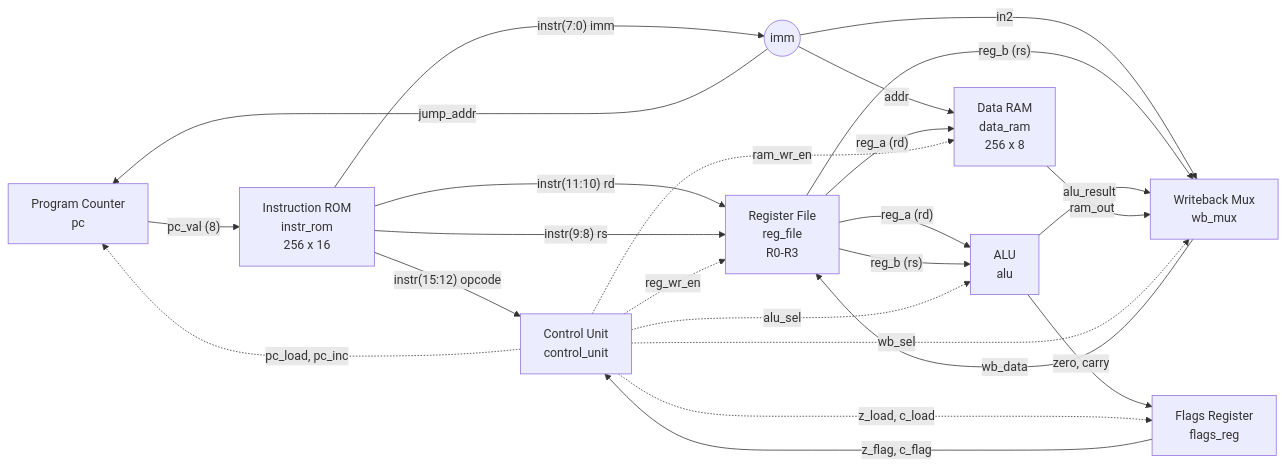
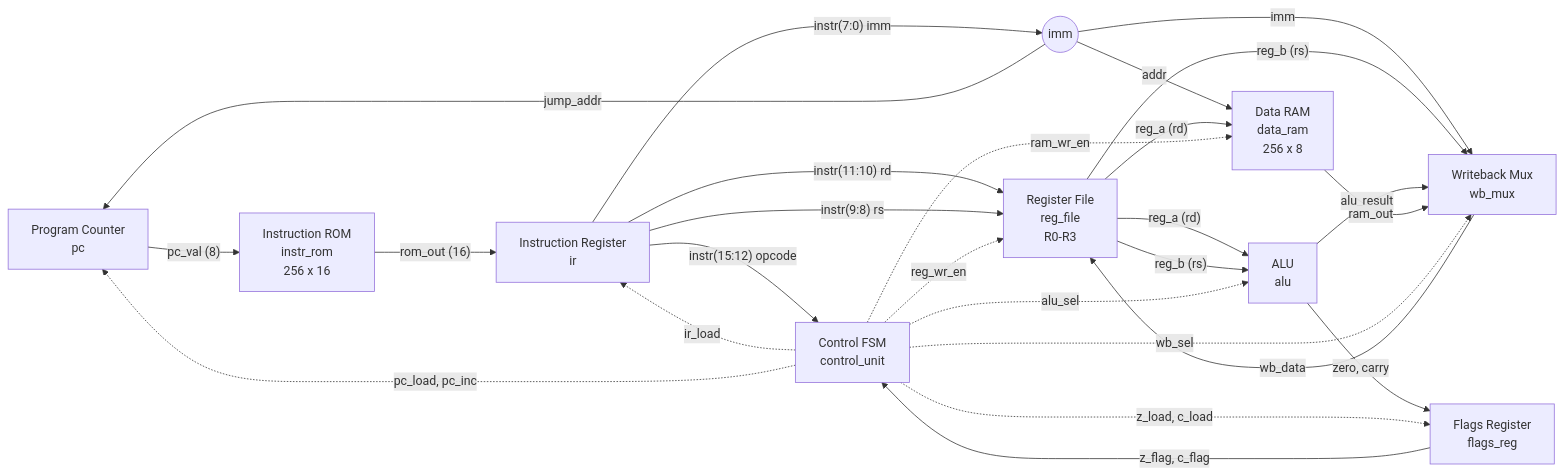
The first of 4 diagrams in README.md (Johnyzour/8-bit-cpu), drawn with Mermaid before and after one commit. The commit also changed other lines of this file and 7 other files, not shown here.

````diff
--- a/README.md
+++ b/README.md
@@ -84,32 +98,34 @@
 ```mermaid
 flowchart LR
     PC["Program Counter<br/>pc"] -->|"pc_val (8)"| ROM["Instruction ROM<br/>instr_rom<br/>256 x 16"]
+    ROM -->|"rom_out (16)"| IR["Instruction Register<br/>ir"]
 
-    ROM -->|"instr(15:12) opcode"| CU["Control Unit<br/>control_unit"]
-    ROM -->|"instr(11:10) rd"| RF["Register File<br/>reg_file<br/>R0-R3"]
-    ROM -->|"instr(9:8) rs"| RF
-    ROM -->|"instr(7:0) imm"| IMM(("imm"))
+    IR -->|"instr(15:12) opcode"| CU["Control FSM<br/>control_unit"]
+    IR -->|"instr(11:10) rd"| RF["Register File<br/>reg_file<br/>R0-R3"]
+    IR -->|"instr(9:8) rs"| RF
+    IR -->|"instr(7:0) imm"| IMM(("imm"))
 
     IMM -->|"jump_addr"| PC
     IMM -->|"addr"| RAM["Data RAM<br/>data_ram<br/>256 x 8"]
-    IMM -->|"in2"| WB["Writeback Mux<br/>wb_mux"]
+    IMM -->|"imm"| WB["Writeback Mux<br/>wb_mux"]
 
     RF -->|"reg_a (rd)"| ALU["ALU<br/>alu"]
     RF -->|"reg_b (rs)"| ALU
     RF -->|"reg_a (rd)"| RAM
     RF -->|"reg_b (rs)"| WB
 
     ALU -->|"alu_result"| WB
     RAM -->|"ram_out"| WB
     WB -->|"wb_data"| RF
 
     ALU -->|"zero, carry"| FL["Flags Register<br/>flags_reg"]
     FL -->|"z_flag, c_flag"| CU
 
+    CU -. "ir_load" .-> IR
     CU -. "pc_load, pc_inc" .-> PC
     CU -. "reg_wr_en" .-> RF
     CU -. "alu_sel" .-> ALU
     CU -. "ram_wr_en" .-> RAM
     CU -. "z_load, c_load" .-> FL
     CU -. "wb_sel" .-> WB
 ```
````
